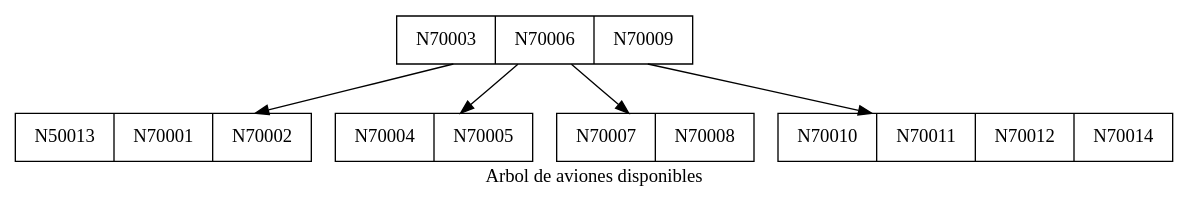
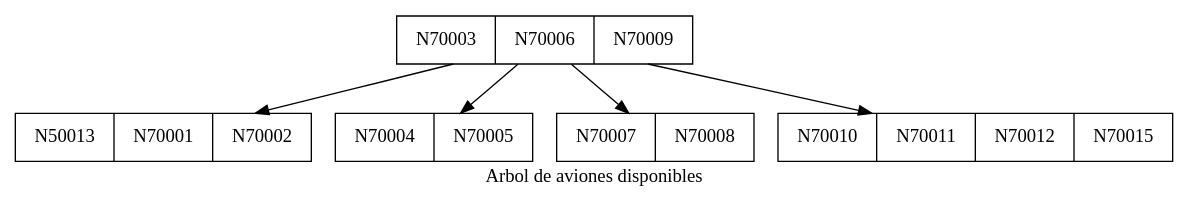
One commit to MarvinCastellanos/201700490_EDD_Proyecto changed the diagram in dot/avionesDisponibles.dot. Above: the diagram before and after it, drawn with Graphviz. The commit also changed 17 other files, not shown here.

```diff
--- a/dot/avionesDisponibles.dot
+++ b/dot/avionesDisponibles.dot
@@ -1,13 +1,13 @@
 digraph G {
   label="Arbol de aviones disponibles";
   node [shape=record];
     node0 [label="N70003|N70006|N70009"];
     node0 -> node1;
     node1 [label="N50013|N70001|N70002"];
     node0 -> node2;
     node2 [label="N70004|N70005"];
     node0 -> node3;
     node3 [label="N70007|N70008"];
     node0 -> node4;
-    node4 [label="N70010|N70011|N70012|N70014"];
+    node4 [label="N70010|N70011|N70012|N70015"];
 }
```
